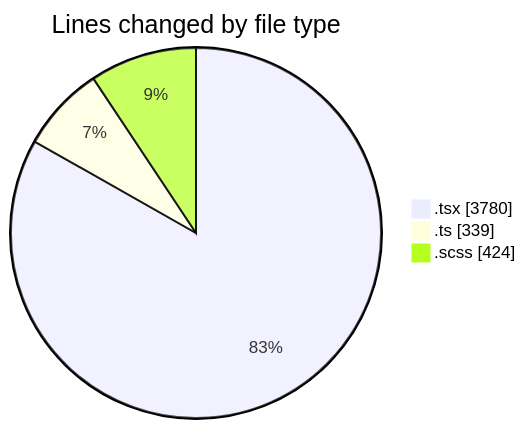
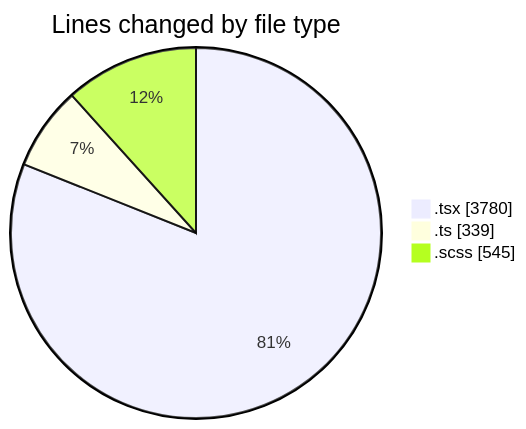
Before and after one commit to momahboobian/code-tracking: the first of 2 diagrams in 2025-07-08/cda/README.md, drawn with Mermaid. The commit also changed other lines of this file and 1 other file, not shown here.

````diff
--- a/2025-07-08/cda/README.md
+++ b/2025-07-08/cda/README.md
@@ -44,7 +45,7 @@
 ```mermaid
 pie showData
 title Lines changed by file type
 ".tsx" : 3780
 ".ts" : 339
-".scss" : 424
+".scss" : 545
 ```
````
